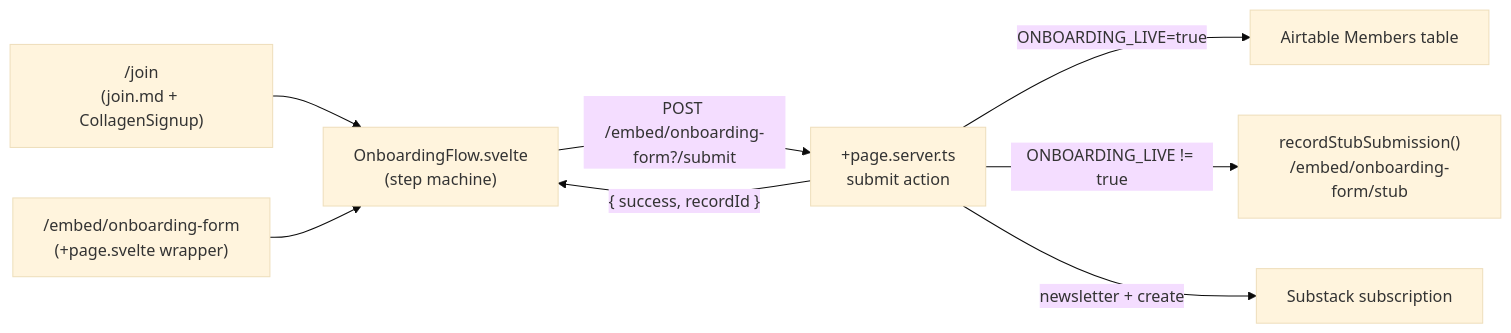
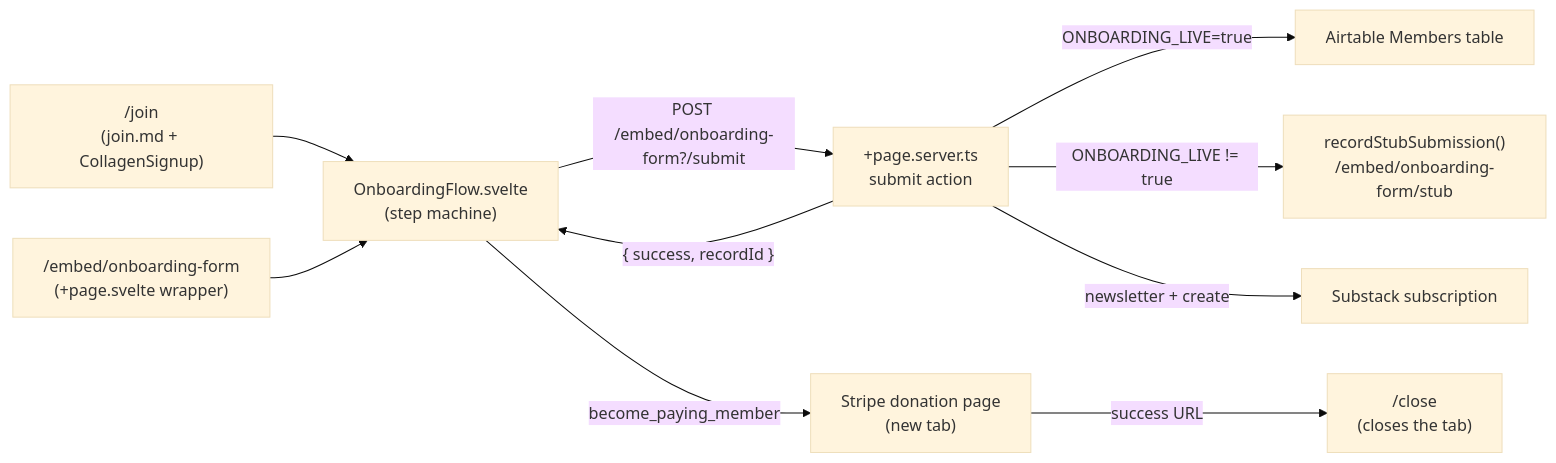
The first of 2 diagrams in docs/join-form-flow.md (PauseAI/pauseai-website), drawn with Mermaid (base theme) before and after one commit. The commit also changed other lines of this file and 4 other files, not shown here.

First line of the commit message:
Add paying member opt-in to volunteer onboarding step (#980)

````diff
--- a/docs/join-form-flow.md
+++ b/docs/join-form-flow.md
@@ -132,10 +132,12 @@
 ```mermaid
 flowchart LR
     Join["/join<br/>(join.md + CollagenSignup)"] --> Flow
     Embed["/embed/onboarding-form<br/>(+page.svelte wrapper)"] --> Flow
     Flow["OnboardingFlow.svelte<br/>(step machine)"] -- "POST /embed/onboarding-form?/submit" --> Action["+page.server.ts<br/>submit action"]
     Action -- "ONBOARDING_LIVE=true" --> Airtable["Airtable Members table"]
     Action -- "ONBOARDING_LIVE != true" --> Stub["recordStubSubmission()<br/>/embed/onboarding-form/stub"]
     Action -- "newsletter + create" --> Substack["Substack subscription"]
     Action -- "{ success, recordId }" --> Flow
+    Flow -- "become_paying_member" --> Stripe["Stripe donation page<br/>(new tab)"]
+    Stripe -- "success URL" --> Close["/close<br/>(closes the tab)"]
 ```
````
